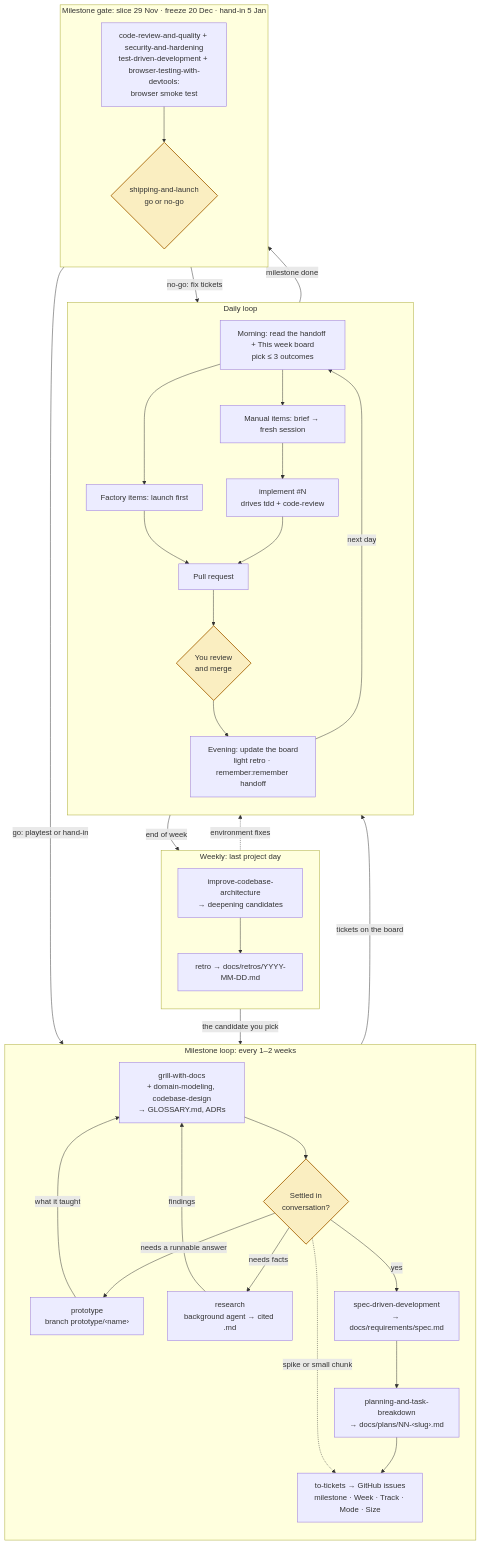
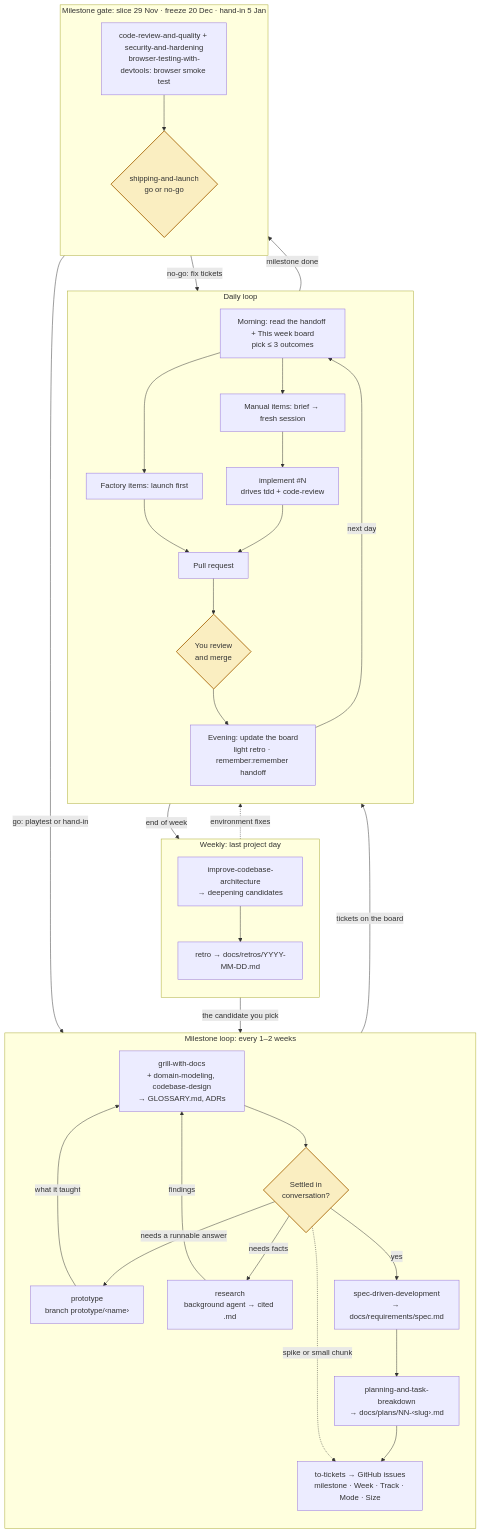
The diagram in docs/diagrams/workflow.md (sssoto17/sunny-pastures), drawn with Mermaid before and after one commit. The commit also changed other lines of this file and 2 other files, not shown here.

First line of the commit message:
docs(constraints): address review of #45 (D1–D3, R2–R8, O1–O13, nits)

````diff
--- a/docs/diagrams/workflow.md
+++ b/docs/diagrams/workflow.md
@@ -17,61 +17,61 @@
 ```mermaid
 flowchart TB
   subgraph M["Milestone loop: every 1–2 weeks"]
     direction TB
     G["grill-with-docs<br/>+ domain-modeling, codebase-design<br/>→ GLOSSARY.md, ADRs"]
     Q{"Settled in<br/>conversation?"}
     P["prototype<br/>branch prototype/‹name›"]
     R["research<br/>background agent → cited .md"]
     S["spec-driven-development<br/>→ docs/requirements/spec.md"]
     PL["planning-and-task-breakdown<br/>→ docs/plans/NN-‹slug›.md"]
     T["to-tickets → GitHub issues<br/>milestone · Week · Track · Mode · Size"]
     G --> Q
     Q -- "needs a runnable answer" --> P
     P -- "what it taught" --> G
     Q -- "needs facts" --> R
     R -- "findings" --> G
     Q -- "yes" --> S --> PL --> T
     Q -. "spike or small chunk" .-> T
   end
 
   subgraph D["Daily loop"]
     direction TB
     AM["Morning: read the handoff + This week board<br/>pick ≤ 3 outcomes"]
     F["Factory items: launch first"]
     B["Manual items: brief → fresh session"]
     I["implement #N<br/>drives tdd + code-review"]
     PR["Pull request"]
     MR{"You review<br/>and merge"}
     PM["Evening: update the board<br/>light retro · remember:remember handoff"]
     AM --> F
     AM --> B
     F --> PR
     B --> I --> PR --> MR --> PM
   end
 
   subgraph W["Weekly: last project day"]
     direction TB
     ICA["improve-codebase-architecture<br/>→ deepening candidates"]
     RT["retro → docs/retros/YYYY-MM-DD.md"]
   end
 
   subgraph GATE["Milestone gate: slice 29 Nov · freeze 20 Dec · hand-in 5 Jan"]
     direction TB
-    RV["code-review-and-quality + security-and-hardening<br/>test-driven-development + browser-testing-with-devtools:<br/>browser smoke test"]
+    RV["code-review-and-quality + security-and-hardening<br/>browser-testing-with-devtools: browser smoke test"]
     SH{"shipping-and-launch<br/>go or no-go"}
     RV --> SH
   end
 
   T -- "tickets on the board" --> AM
   PM -- "next day" --> AM
   PM -- "end of week" --> ICA
   ICA -- "the candidate you pick" --> G
   ICA --> RT
   RT -. "environment fixes" .-> D
   PM -- "milestone done" --> RV
   SH -- "go: playtest or hand-in" --> G
   SH -- "no-go: fix tickets" --> AM
 
   classDef decide fill:#e3ab4b33,stroke:#b0731a,stroke-width:2px
   class Q,MR,SH decide
 ```
````
